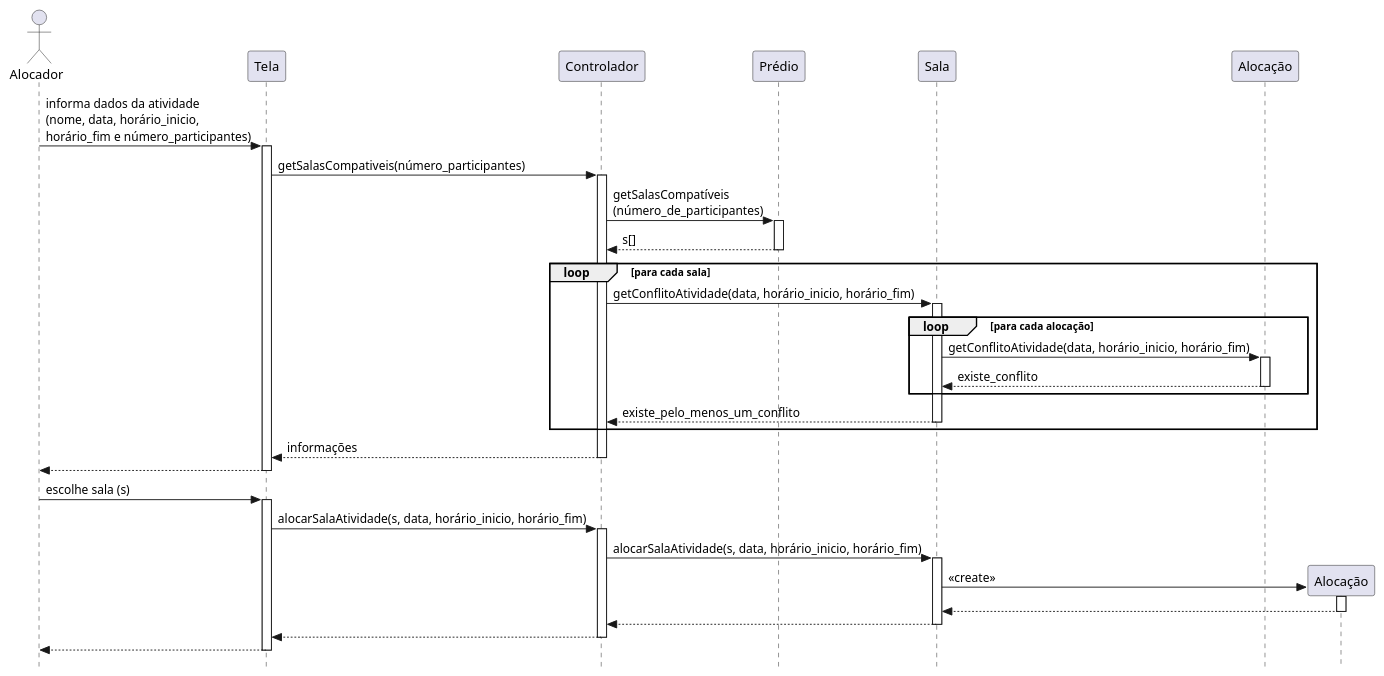
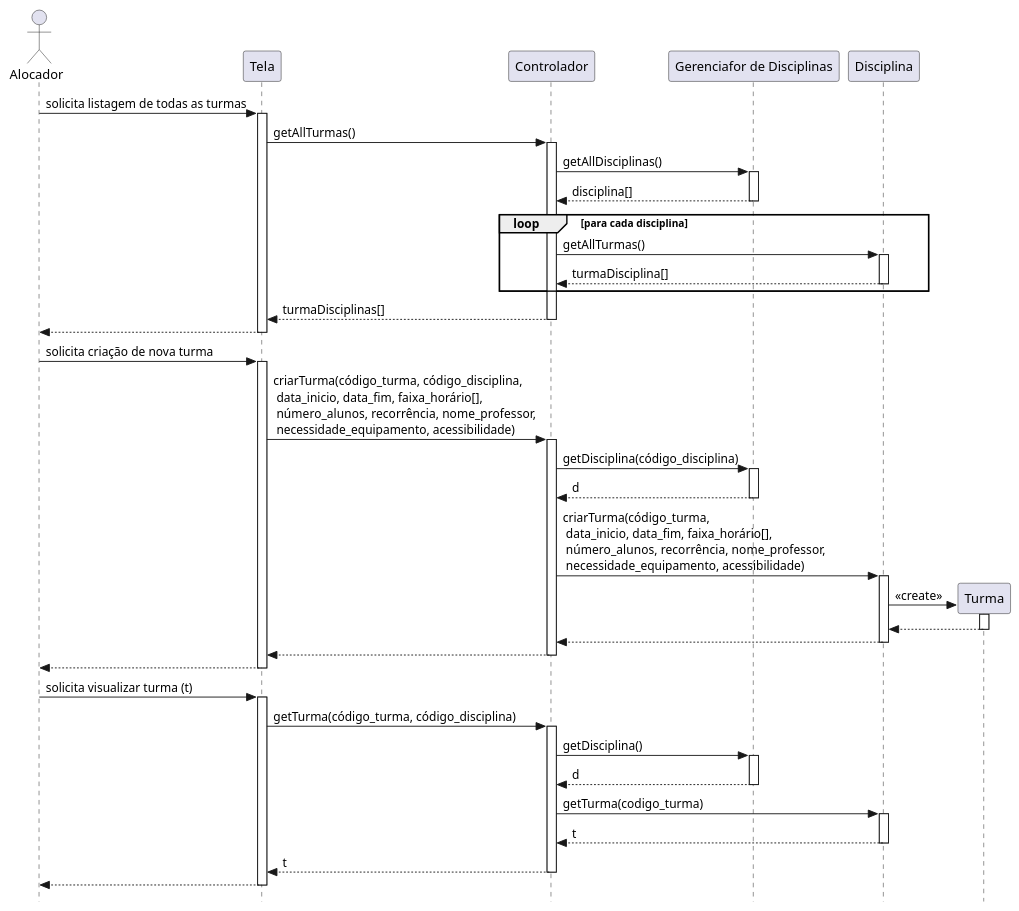
Before and after one commit to tassyla/Salateca: the diagram in projeto/uc3/diagrama-de-sequencia-uc3.puml, drawn with PlantUML. The commit also changed 9 other files, not shown here.

Commit message:
📝diagramas de sequência

```diff
--- a/projeto/uc3/diagrama-de-sequencia-uc3.puml
+++ b/projeto/uc3/diagrama-de-sequencia-uc3.puml
@@ -1,39 +1,52 @@
 @startuml Sequencia
 skinparam style strictuml
 autoactivate on
 
 actor Alocador
 participant Tela as t
 participant Controlador as c
-participant Prédio as p
-participant Sala as s
-participant Alocação as a
-participant Alocação as a2
+' participant Prédio as p
+' participant Sala as s
+' participant Alocação as a
+' participant Alocação as a2
+participant "Gerenciafor de Disciplinas" as gd
+participant Disciplina as d
+participant Turma as tu
 
-Alocador -> t : informa dados da atividade\n(nome, data, horário_inicio, \nhorário_fim e número_participantes)
-    t -> c : getSalasCompativeis(número_participantes)
-        c -> p : getSalasCompatíveis\n(número_de_participantes)
-            return s[]
-        loop para cada sala
-        c -> s : getConflitoAtividade(data, horário_inicio, horário_fim)
-        loop para cada alocação
-            s -> a : getConflitoAtividade(data, horário_inicio, horário_fim)
-            return existe_conflito
-        end
-        return existe_pelo_menos_um_conflito
-    end
-    
-return informações
+Alocador -> t : solicita listagem de todas as turmas
+    t -> c : getAllTurmas()
+        c -> gd : getAllDisciplinas()
+            return disciplina[]
+            loop para cada disciplina
+                c -> d : getAllTurmas()
+                return turmaDisciplina[]        
+            end
+    return turmaDisciplinas[]
 return 
 
-Alocador -> t : escolhe sala (s)
-    t -> c : alocarSalaAtividade(s, data, horário_inicio, horário_fim)
-    
-    c -> s : alocarSalaAtividade(s, data, horário_inicio, horário_fim)
-    create a2
-        s -> a2 : << create >>
-    return 
+Alocador -> t : solicita criação de nova turma
+    t -> c : criarTurma(código_turma, código_disciplina,\n data_inicio, data_fim, faixa_horário[],\n número_alunos, recorrência, nome_professor,\n necessidade_equipamento, acessibilidade)
+        c -> gd : getDisciplina(código_disciplina)
+            return d
+        c -> d : criarTurma(código_turma,\n data_inicio, data_fim, faixa_horário[],\n número_alunos, recorrência, nome_professor,\n necessidade_equipamento, acessibilidade)
+        create tu
+            d -> tu : << create >>
+            return 
+        return 
+    return
 return 
-return
+
+Alocador -> t : solicita visualizar turma (t)
+    t -> c : getTurma(código_turma, código_disciplina)
+        c -> gd : getDisciplina()
+            return d
+        c -> d : getTurma(codigo_turma)
+        ' get tu
+        '     d -> tu : << get >>
+        '     return 
+            return t        
+    return t
 return 
+
+
 @enduml
```
